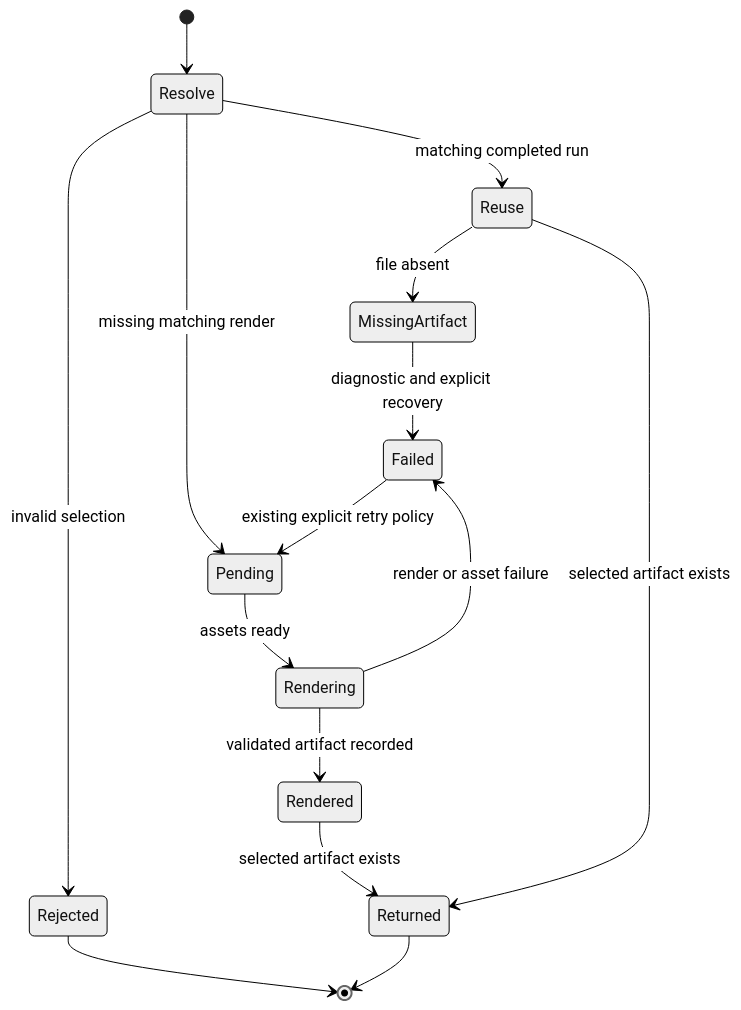
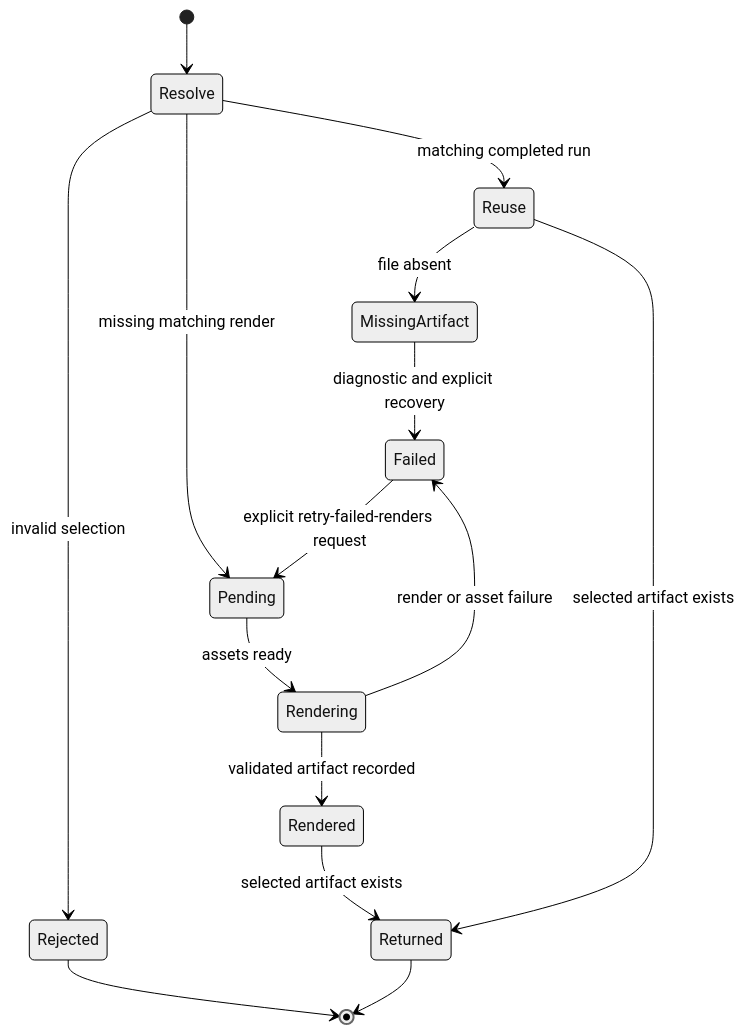
The second of 2 diagrams in docs/features/classic-template-selection.md (feraranas/just-a-clipper-engine), drawn with Mermaid (neutral theme) before and after one commit. The commit also changed other lines of this file and 9 other files, not shown here.

Commit message:
fix: add explicit retry for failed selected renders

````diff
--- a/docs/features/classic-template-selection.md
+++ b/docs/features/classic-template-selection.md
@@ -204,17 +204,17 @@
 ```mermaid
 stateDiagram-v2
     [*] --> Resolve
     Resolve --> Rejected: invalid selection
     Resolve --> Reuse: matching completed run
     Resolve --> Pending: missing matching render
     Pending --> Rendering: assets ready
     Rendering --> Rendered: validated artifact recorded
     Rendering --> Failed: render or asset failure
-    Failed --> Pending: existing explicit retry policy
+    Failed --> Pending: explicit retry-failed-renders request
     Rendered --> Returned: selected artifact exists
     Reuse --> Returned: selected artifact exists
     Reuse --> MissingArtifact: file absent
     MissingArtifact --> Failed: diagnostic and explicit recovery
     Rejected --> [*]
     Returned --> [*]
 ```
````
